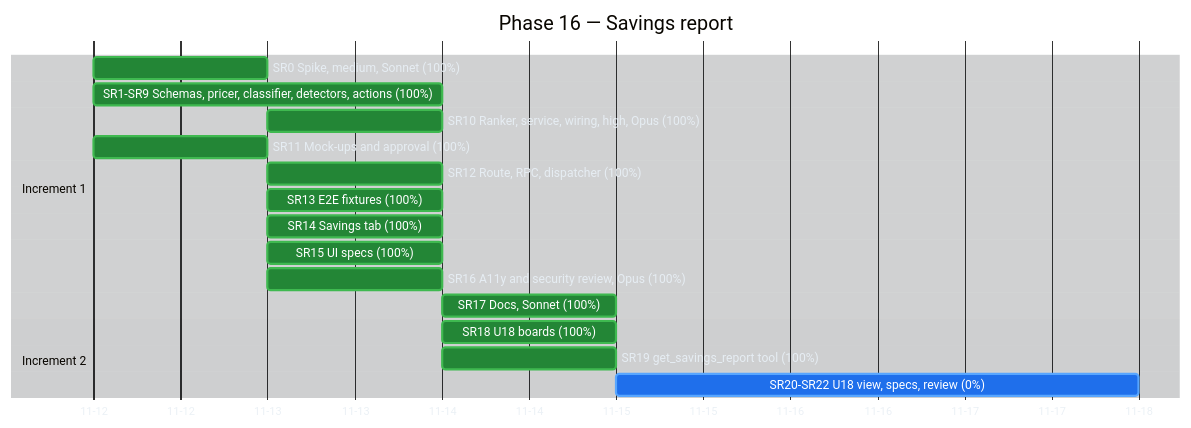
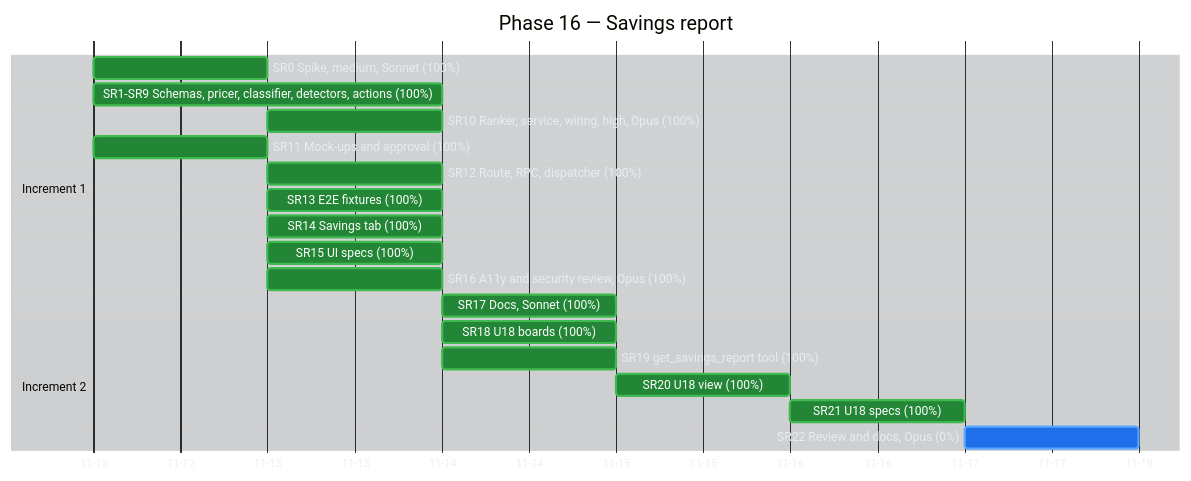
The third of 5 diagrams in docs/implementation-plan-gantt.md (raulkivi/agent-cost-analyzer), drawn with Mermaid before and after one commit. The commit also changed other lines of this file and 9 other files, not shown here.

First line of the commit message:
test(mcp-apps): U18 savings view specs (SR21)

````diff
--- a/docs/implementation-plan-gantt.md
+++ b/docs/implementation-plan-gantt.md
@@ -199,51 +199,53 @@
 ```mermaid
 %%{init: {
   "theme": "base",
   "themeVariables": {
     "darkMode": true,
     "background": "#0d1117",
     "textColor": "#e6edf3",
     "primaryTextColor": "#e6edf3",
     "lineColor": "#8b949e",
     "sectionBkgColor": "#161b22",
     "sectionBkgColor2": "#1c2129",
     "altSectionBkgColor": "#0d1117",
     "gridColor": "#30363d",
     "excludeBkgColor": "#161b22",
     "todayLineColor": "#f85149",
     "taskBkgColor": "#1f6feb",
     "taskBorderColor": "#58a6ff",
     "taskTextColor": "#ffffff",
     "taskTextLightColor": "#ffffff",
     "taskTextDarkColor": "#ffffff",
     "taskTextOutsideColor": "#e6edf3",
     "doneTaskBkgColor": "#238636",
     "doneTaskBorderColor": "#3fb950",
     "activeTaskBkgColor": "#9e6a03",
     "activeTaskBorderColor": "#d29922",
     "critBkgColor": "#da3633",
     "critBorderColor": "#f85149"
   }
 }}%%
 gantt
     title Phase 16 — Savings report
     dateFormat YYYY-MM-DD
     axisFormat %m-%d
 
     section Increment 1
     SR0 Spike, medium, Sonnet (100%)                 :done, sr0, 2026-11-12, 1d
     SR1-SR9 Schemas, pricer, classifier, detectors, actions (100%) :done, sr1, 2026-11-12, 2d
     SR10 Ranker, service, wiring, high, Opus (100%)  :done, sr10, 2026-11-13, 1d
     SR11 Mock-ups and approval (100%)                :done, sr11, 2026-11-12, 1d
     SR12 Route, RPC, dispatcher (100%)               :done, sr12, 2026-11-13, 1d
     SR13 E2E fixtures (100%)                         :done, sr13, 2026-11-13, 1d
     SR14 Savings tab (100%)                          :done, sr14, 2026-11-13, 1d
     SR15 UI specs (100%)                             :done, sr15, 2026-11-13, 1d
     SR16 A11y and security review, Opus (100%)       :done, sr16, 2026-11-13, 1d
     SR17 Docs, Sonnet (100%)                         :done, sr17, after sr16, 1d
 
     section Increment 2
     SR18 U18 boards (100%)                           :done, sr18, 2026-11-14, 1d
     SR19 get_savings_report tool (100%)              :done, sr19, 2026-11-14, 1d
-    SR20-SR22 U18 view, specs, review (0%)           :sr20, after sr19, 3d
+    SR20 U18 view (100%)                             :done, sr20, after sr19, 1d
+    SR21 U18 specs (100%)                            :done, sr21, after sr20, 1d
+    SR22 Review and docs, Opus (0%)                  :sr22, after sr21, 1d
 ```
````
